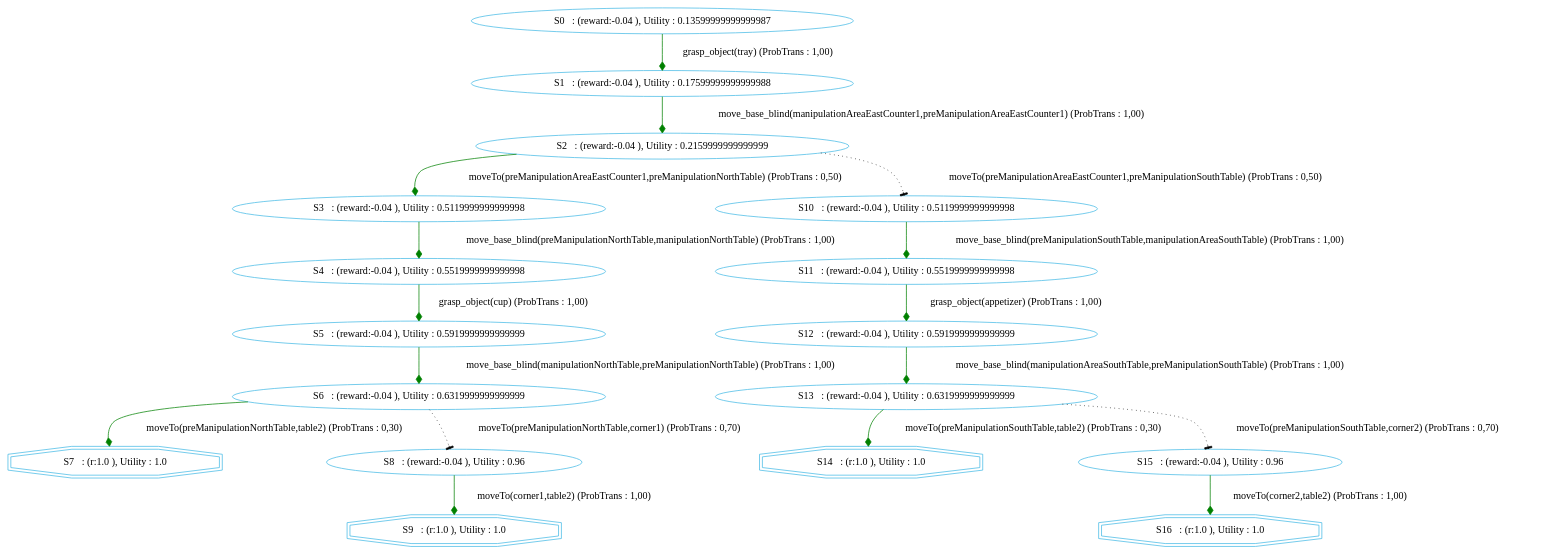
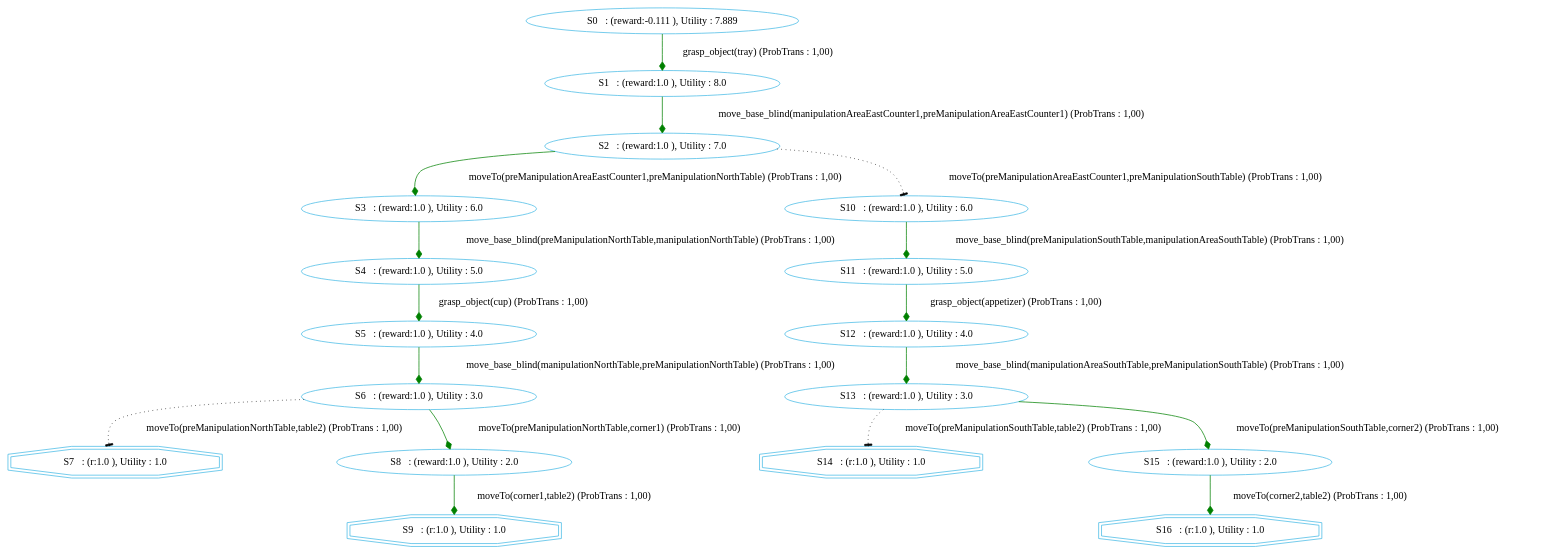
The diagram in chimp/src/main/java/examples/MDP/RACE/test_m_drive_robot_1.dot (htiraHatem/CHIMP_MDP), drawn with Graphviz before and after one commit. The commit also changed 21 other files, not shown here.

```diff
--- a/chimp/src/main/java/examples/MDP/RACE/test_m_drive_robot_1.dot
+++ b/chimp/src/main/java/examples/MDP/RACE/test_m_drive_robot_1.dot
@@ -1,37 +1,37 @@
 digraph {
   node [color="#40b9e5" ]
  size="60,17";
 "7" [label=" S7   : (r:1.0 ), Utility : 1.0 " shape=doubleoctagon];
 "9" [label=" S9   : (r:1.0 ), Utility : 1.0 " shape=doubleoctagon];
 "14" [label=" S14   : (r:1.0 ), Utility : 1.0 " shape=doubleoctagon];
 "16" [label=" S16   : (r:1.0 ), Utility : 1.0 " shape=doubleoctagon];
-"0" [label=" S0   : (reward:-0.04 ), Utility : 0.13599999999999987 "];
-"1" [label=" S1   : (reward:-0.04 ), Utility : 0.17599999999999988 "];
-"2" [label=" S2   : (reward:-0.04 ), Utility : 0.2159999999999999 "];
-"3" [label=" S3   : (reward:-0.04 ), Utility : 0.5119999999999998 "];
-"4" [label=" S4   : (reward:-0.04 ), Utility : 0.5519999999999998 "];
-"5" [label=" S5   : (reward:-0.04 ), Utility : 0.5919999999999999 "];
-"6" [label=" S6   : (reward:-0.04 ), Utility : 0.6319999999999999 "];
-"8" [label=" S8   : (reward:-0.04 ), Utility : 0.96 "];
-"10" [label=" S10   : (reward:-0.04 ), Utility : 0.5119999999999998 "];
-"11" [label=" S11   : (reward:-0.04 ), Utility : 0.5519999999999998 "];
-"12" [label=" S12   : (reward:-0.04 ), Utility : 0.5919999999999999 "];
-"13" [label=" S13   : (reward:-0.04 ), Utility : 0.6319999999999999 "];
-"15" [label=" S15   : (reward:-0.04 ), Utility : 0.96 "];
+"0" [label=" S0   : (reward:-0.111 ), Utility : 7.889 "];
+"1" [label=" S1   : (reward:1.0 ), Utility : 8.0 "];
+"2" [label=" S2   : (reward:1.0 ), Utility : 7.0 "];
+"3" [label=" S3   : (reward:1.0 ), Utility : 6.0 "];
+"4" [label=" S4   : (reward:1.0 ), Utility : 5.0 "];
+"5" [label=" S5   : (reward:1.0 ), Utility : 4.0 "];
+"6" [label=" S6   : (reward:1.0 ), Utility : 3.0 "];
+"8" [label=" S8   : (reward:1.0 ), Utility : 2.0 "];
+"10" [label=" S10   : (reward:1.0 ), Utility : 6.0 "];
+"11" [label=" S11   : (reward:1.0 ), Utility : 5.0 "];
+"12" [label=" S12   : (reward:1.0 ), Utility : 4.0 "];
+"13" [label=" S13   : (reward:1.0 ), Utility : 3.0 "];
+"15" [label=" S15   : (reward:1.0 ), Utility : 2.0 "];
 "0" -> "1" [ label="grasp_object(tray) (ProbTrans : 1,00)"
 , arrowhead = diamond , color=green];"1" -> "2" [ label="move_base_blind(manipulationAreaEastCounter1,preManipulationAreaEastCounter1) (ProbTrans : 1,00)"
-, arrowhead = diamond , color=green];"2" -> "3" [ label="moveTo(preManipulationAreaEastCounter1,preManipulationNorthTable) (ProbTrans : 0,50)"
-, arrowhead = diamond , color=green];"2" -> "10" [ label="moveTo(preManipulationAreaEastCounter1,preManipulationSouthTable) (ProbTrans : 0,50)"
+, arrowhead = diamond , color=green];"2" -> "3" [ label="moveTo(preManipulationAreaEastCounter1,preManipulationNorthTable) (ProbTrans : 1,00)"
+, arrowhead = diamond , color=green];"2" -> "10" [ label="moveTo(preManipulationAreaEastCounter1,preManipulationSouthTable) (ProbTrans : 1,00)"
 ,style=dotted, arrowhead=tee];"3" -> "4" [ label="move_base_blind(preManipulationNorthTable,manipulationNorthTable) (ProbTrans : 1,00)"
 , arrowhead = diamond , color=green];"4" -> "5" [ label="grasp_object(cup) (ProbTrans : 1,00)"
 , arrowhead = diamond , color=green];"5" -> "6" [ label="move_base_blind(manipulationNorthTable,preManipulationNorthTable) (ProbTrans : 1,00)"
-, arrowhead = diamond , color=green];"6" -> "7" [ label="moveTo(preManipulationNorthTable,table2) (ProbTrans : 0,30)"
-, arrowhead = diamond , color=green];"6" -> "8" [ label="moveTo(preManipulationNorthTable,corner1) (ProbTrans : 0,70)"
-,style=dotted, arrowhead=tee];"8" -> "9" [ label="moveTo(corner1,table2) (ProbTrans : 1,00)"
+, arrowhead = diamond , color=green];"6" -> "7" [ label="moveTo(preManipulationNorthTable,table2) (ProbTrans : 1,00)"
+,style=dotted, arrowhead=tee];"6" -> "8" [ label="moveTo(preManipulationNorthTable,corner1) (ProbTrans : 1,00)"
+, arrowhead = diamond , color=green];"8" -> "9" [ label="moveTo(corner1,table2) (ProbTrans : 1,00)"
 , arrowhead = diamond , color=green];"10" -> "11" [ label="move_base_blind(preManipulationSouthTable,manipulationAreaSouthTable) (ProbTrans : 1,00)"
 , arrowhead = diamond , color=green];"11" -> "12" [ label="grasp_object(appetizer) (ProbTrans : 1,00)"
 , arrowhead = diamond , color=green];"12" -> "13" [ label="move_base_blind(manipulationAreaSouthTable,preManipulationSouthTable) (ProbTrans : 1,00)"
-, arrowhead = diamond , color=green];"13" -> "14" [ label="moveTo(preManipulationSouthTable,table2) (ProbTrans : 0,30)"
-, arrowhead = diamond , color=green];"13" -> "15" [ label="moveTo(preManipulationSouthTable,corner2) (ProbTrans : 0,70)"
-,style=dotted, arrowhead=tee];"15" -> "16" [ label="moveTo(corner2,table2) (ProbTrans : 1,00)"
+, arrowhead = diamond , color=green];"13" -> "14" [ label="moveTo(preManipulationSouthTable,table2) (ProbTrans : 1,00)"
+,style=dotted, arrowhead=tee];"13" -> "15" [ label="moveTo(preManipulationSouthTable,corner2) (ProbTrans : 1,00)"
+, arrowhead = diamond , color=green];"15" -> "16" [ label="moveTo(corner2,table2) (ProbTrans : 1,00)"
 , arrowhead = diamond , color=green];}
```
